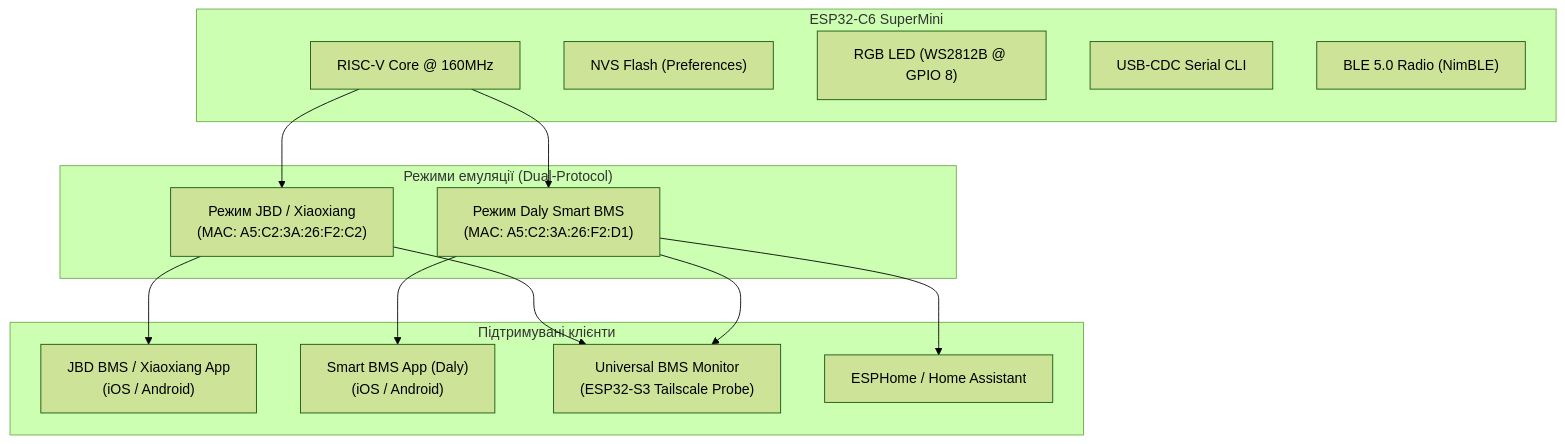
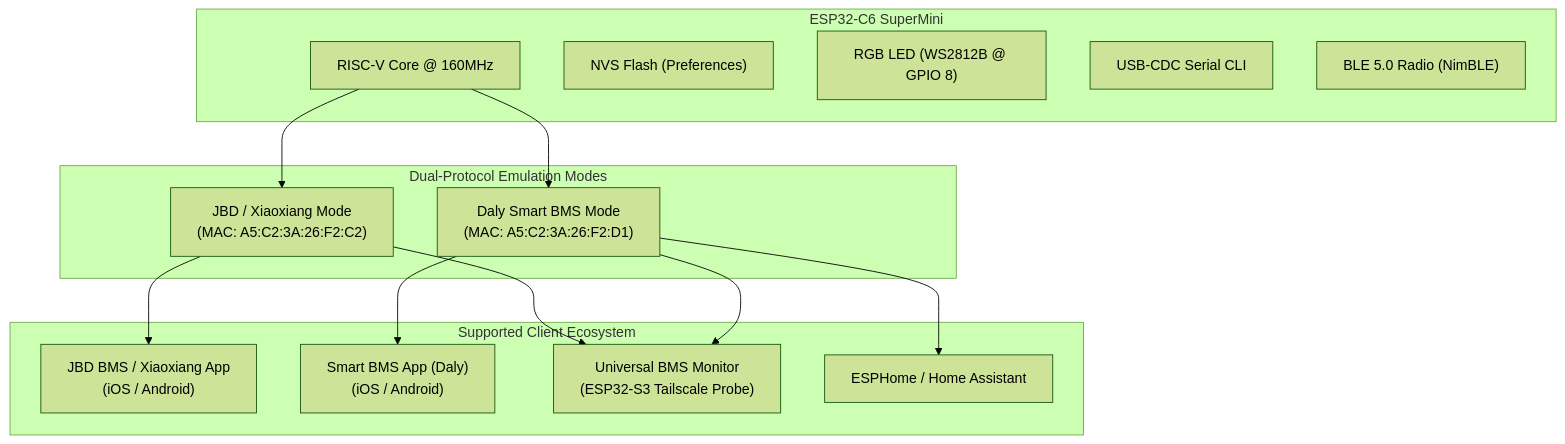
Before and after one commit to tigersumy/JBD-BMS-Emulator-ESP32C6: the diagram in PROJECT_CAPABILITIES.md, drawn with Mermaid (forest theme). The commit also changed other lines of this file and 3 other files, not shown here.

````diff
--- a/PROJECT_CAPABILITIES.md
+++ b/PROJECT_CAPABILITIES.md
@@ -19,30 +26,30 @@
 ```mermaid
 flowchart TD
     subgraph Hardware ["ESP32-C6 SuperMini"]
         Core["RISC-V Core @ 160MHz"]
         NVS["NVS Flash (Preferences)"]
         RGB["RGB LED (WS2812B @ GPIO 8)"]
         USB["USB-CDC Serial CLI"]
         BLE["BLE 5.0 Radio (NimBLE)"]
     end
 
-    subgraph Modes ["Режими емуляції (Dual-Protocol)"]
-        JBD["Режим JBD / Xiaoxiang\n(MAC: A5:C2:3A:26:F2:C2)"]
-        DALY["Режим Daly Smart BMS\n(MAC: A5:C2:3A:26:F2:D1)"]
+    subgraph Modes ["Dual-Protocol Emulation Modes"]
+        JBD["JBD / Xiaoxiang Mode\n(MAC: A5:C2:3A:26:F2:C2)"]
+        DALY["Daly Smart BMS Mode\n(MAC: A5:C2:3A:26:F2:D1)"]
     end
 
-    subgraph Clients ["Підтримувані клієнти"]
+    subgraph Clients ["Supported Client Ecosystem"]
         AppJBD["JBD BMS / Xiaoxiang App\n(iOS / Android)"]
         AppDaly["Smart BMS App (Daly)\n(iOS / Android)"]
         Probe["Universal BMS Monitor\n(ESP32-S3 Tailscale Probe)"]
         HA["ESPHome / Home Assistant"]
     end
 
     Core --> JBD
     Core --> DALY
     JBD --> AppJBD
     JBD --> Probe
     DALY --> AppDaly
     DALY --> Probe
     DALY --> HA
 ```
````
